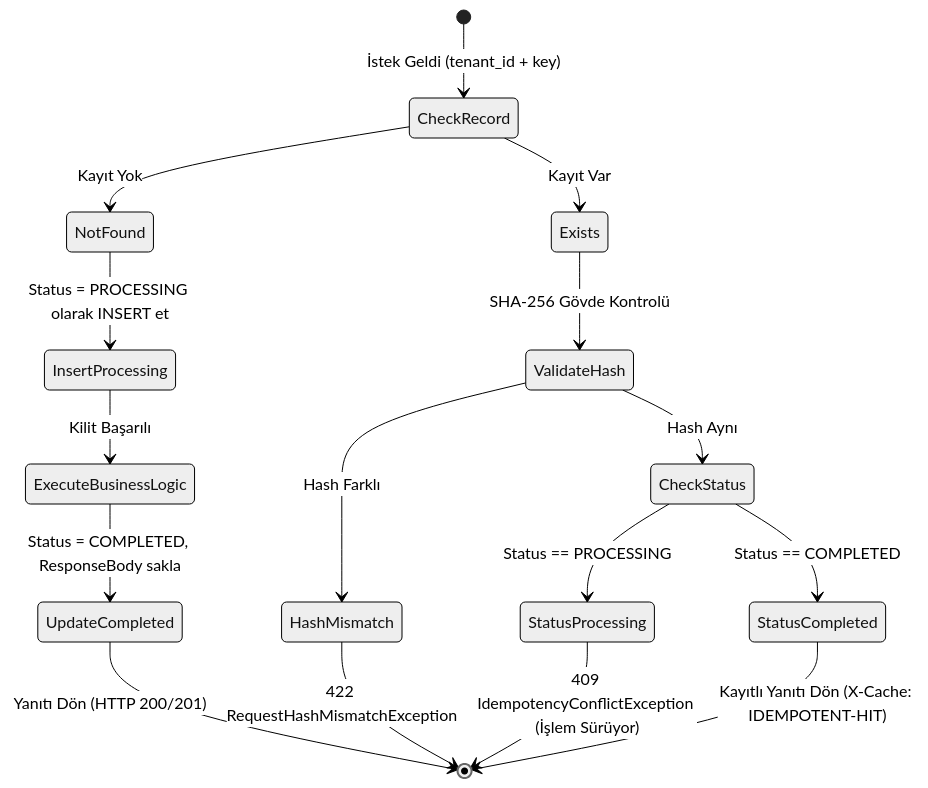
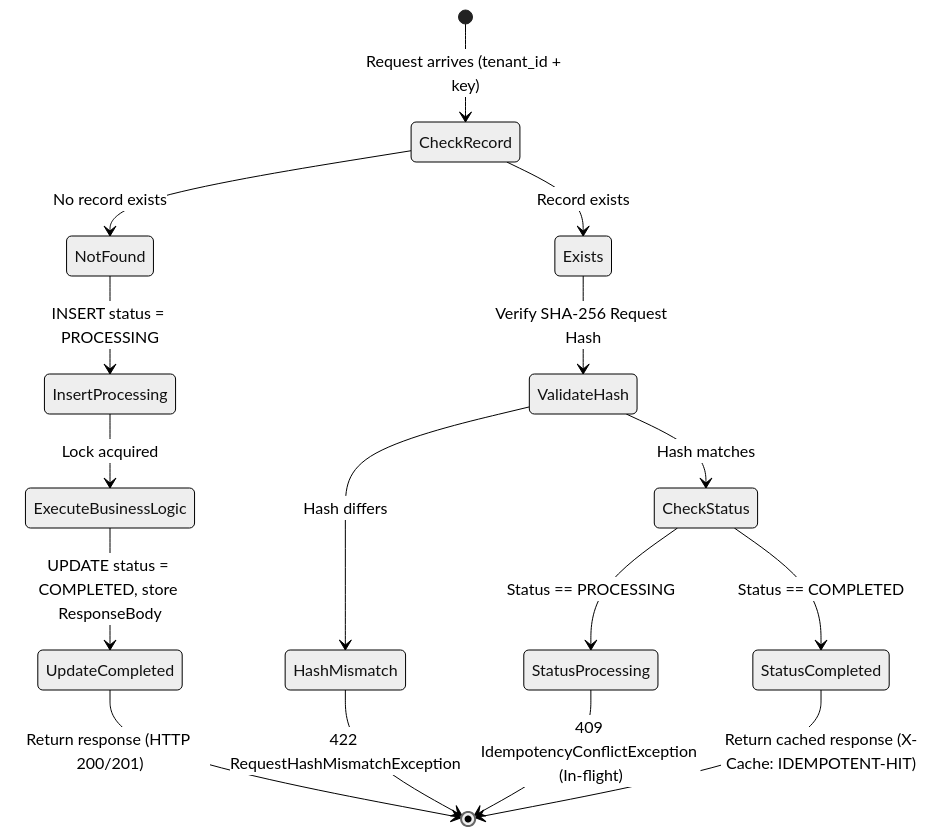
Before and after one commit to netologist/smartpay-system: the diagram in docs/architecture/low-level-architecture.md, drawn with Mermaid (neutral theme). The commit also changed other lines of this file and 22 other files, not shown here.

Commit message:
docs: translate all architecture docs, ADRs, story cards, and README to English

````diff
--- a/docs/architecture/low-level-architecture.md
+++ b/docs/architecture/low-level-architecture.md
@@ -89,23 +89,23 @@
 ```mermaid
 stateDiagram-v2
-    [*] --> CheckRecord: İstek Geldi (tenant_id + key)
+    [*] --> CheckRecord: Request arrives (tenant_id + key)
     
-    CheckRecord --> NotFound: Kayıt Yok
-    CheckRecord --> Exists: Kayıt Var
+    CheckRecord --> NotFound: No record exists
+    CheckRecord --> Exists: Record exists
 
-    NotFound --> InsertProcessing: Status = PROCESSING olarak INSERT et
-    InsertProcessing --> ExecuteBusinessLogic: Kilit Başarılı
-    ExecuteBusinessLogic --> UpdateCompleted: Status = COMPLETED, ResponseBody sakla
-    UpdateCompleted --> [*]: Yanıtı Dön (HTTP 200/201)
+    NotFound --> InsertProcessing: INSERT status = PROCESSING
+    InsertProcessing --> ExecuteBusinessLogic: Lock acquired
+    ExecuteBusinessLogic --> UpdateCompleted: UPDATE status = COMPLETED, store ResponseBody
+    UpdateCompleted --> [*]: Return response (HTTP 200/201)
 
-    Exists --> ValidateHash: SHA-256 Gövde Kontrolü
-    ValidateHash --> HashMismatch: Hash Farklı
+    Exists --> ValidateHash: Verify SHA-256 Request Hash
+    ValidateHash --> HashMismatch: Hash differs
     HashMismatch --> [*]: 422 RequestHashMismatchException
 
-    ValidateHash --> CheckStatus: Hash Aynı
+    ValidateHash --> CheckStatus: Hash matches
     CheckStatus --> StatusProcessing: Status == PROCESSING
-    StatusProcessing --> [*]: 409 IdempotencyConflictException (İşlem Sürüyor)
+    StatusProcessing --> [*]: 409 IdempotencyConflictException (In-flight)
 
     CheckStatus --> StatusCompleted: Status == COMPLETED
-    StatusCompleted --> [*]: Kayıtlı Yanıtı Dön (X-Cache: IDEMPOTENT-HIT)
+    StatusCompleted --> [*]: Return cached response (X-Cache: IDEMPOTENT-HIT)
 ```
````
